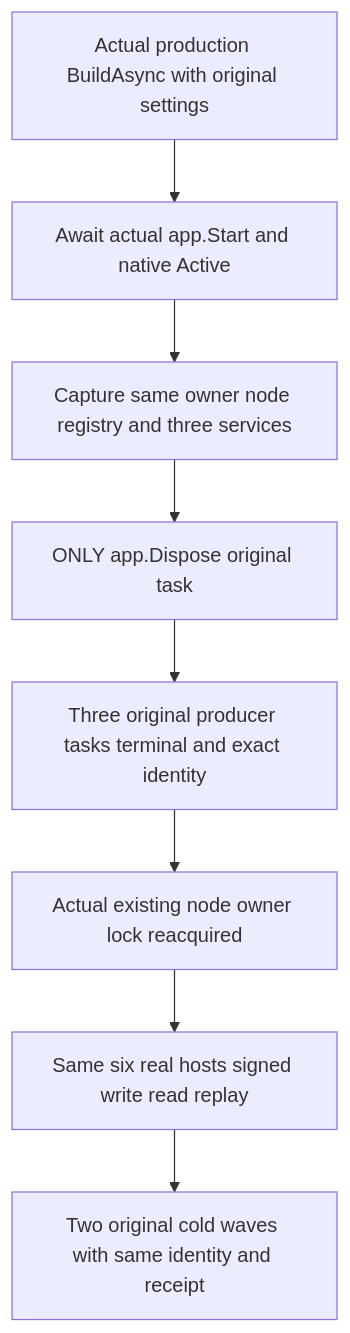
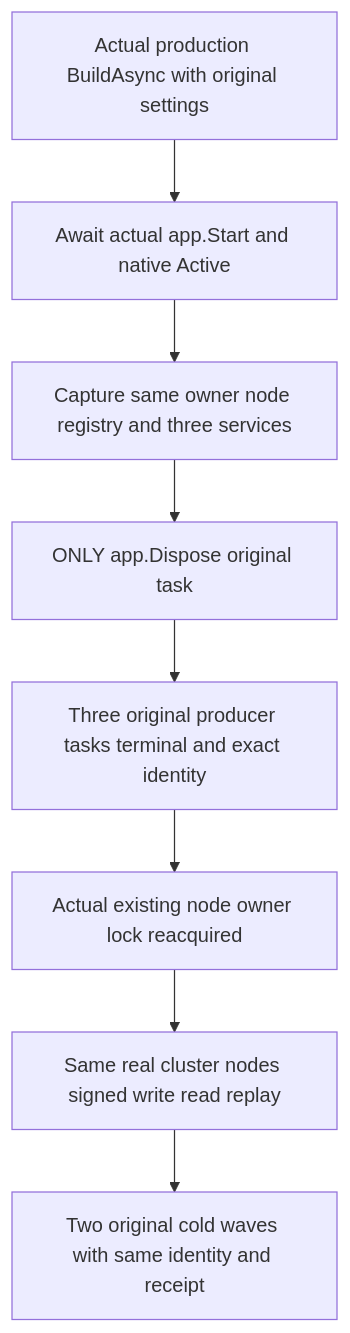
One commit to managedcode/KeyLoad changed the diagram in docs/Features/StorageRecovery/NativeProducerDirectDispose.md. Above: the diagram before and after it, drawn with Mermaid. The commit also changed other lines of this file and 7356 other files, not shown here.

````diff
--- a/docs/Features/StorageRecovery/NativeProducerDirectDispose.md
+++ b/docs/Features/StorageRecovery/NativeProducerDirectDispose.md
@@ -11,10 +11,10 @@
 ```mermaid
 flowchart TD
     Build[Actual production BuildAsync with original settings] --> Active[Await actual app.Start and native Active]
     Active --> Capture[Capture same owner node registry and three services]
     Capture --> Dispose[ONLY app.Dispose original task]
     Dispose --> Original[Three original producer tasks terminal and exact identity]
     Original --> Lock[Actual existing node owner lock reacquired]
-    Lock --> Healthy[Same six real hosts signed write read replay]
+    Lock --> Healthy[Same real cluster nodes signed write read replay]
     Healthy --> Cold[Two original cold waves with same identity and receipt]
 ```
````
